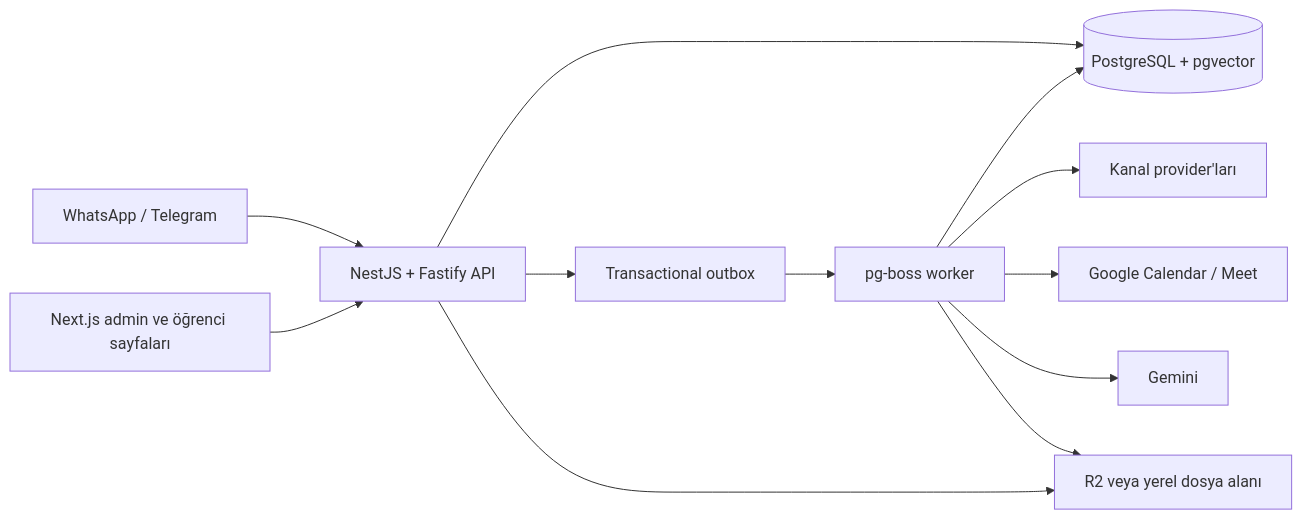
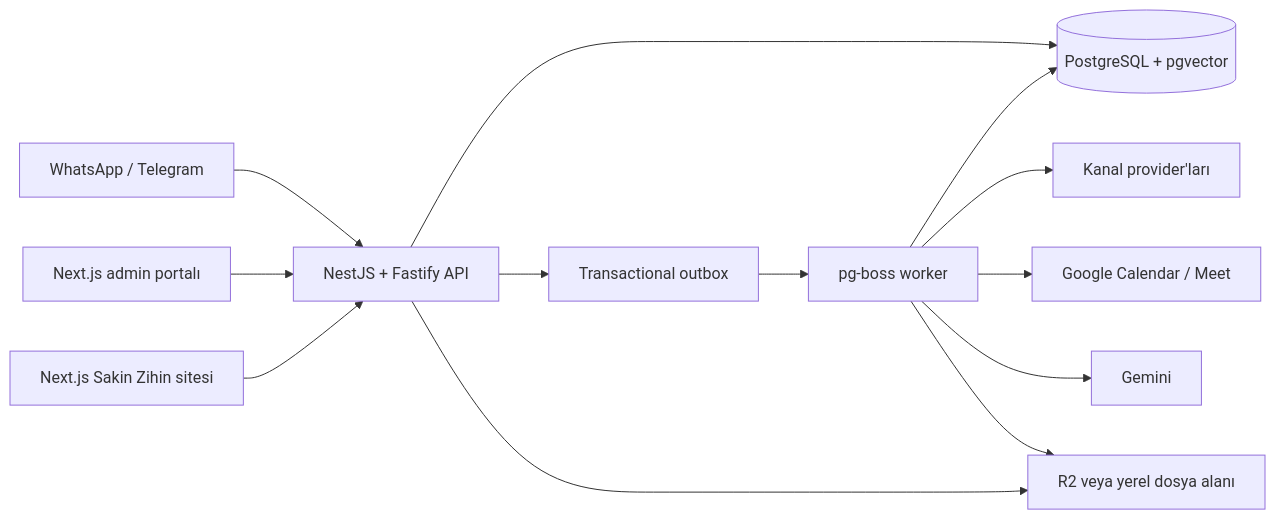
One commit to pusulamkendim/meditation-student-portal changed the diagram in README.md. Above: the diagram before and after it, drawn with Mermaid. The commit also changed other lines of this file and 25 other files, not shown here.

````diff
--- a/README.md
+++ b/README.md
@@ -34,14 +36,15 @@
 ```mermaid
 flowchart LR
   Channels[WhatsApp / Telegram] --> API[NestJS + Fastify API]
-  Web[Next.js admin ve öğrenci sayfaları] --> API
+  Admin[Next.js admin portalı] --> API
+  Public[Next.js Sakin Zihin sitesi] --> API
   API --> DB[(PostgreSQL + pgvector)]
   API --> Outbox[Transactional outbox]
   Outbox --> Worker[pg-boss worker]
   Worker --> DB
   Worker --> Providers[Kanal provider'ları]
   Worker --> Google[Google Calendar / Meet]
   Worker --> Gemini[Gemini]
   API --> Storage[R2 veya yerel dosya alanı]
   Worker --> Storage
 ```
````
